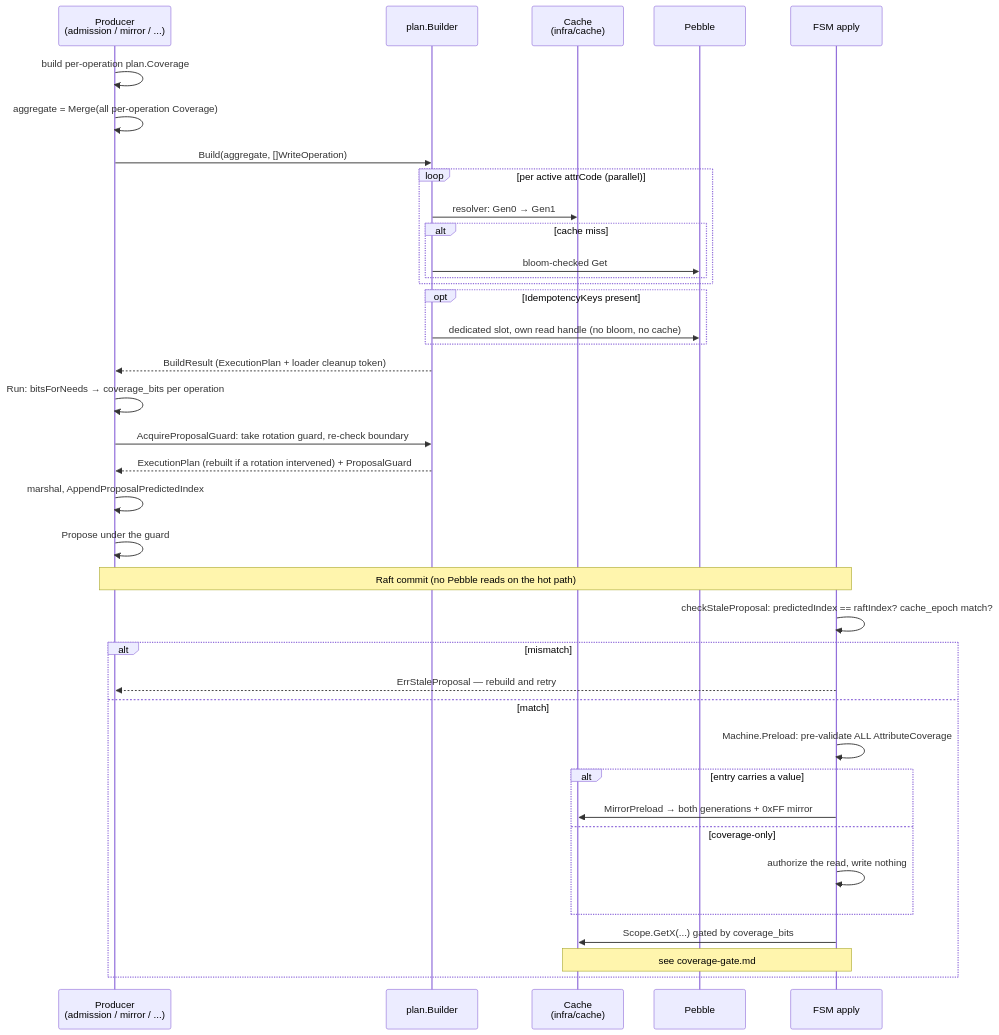
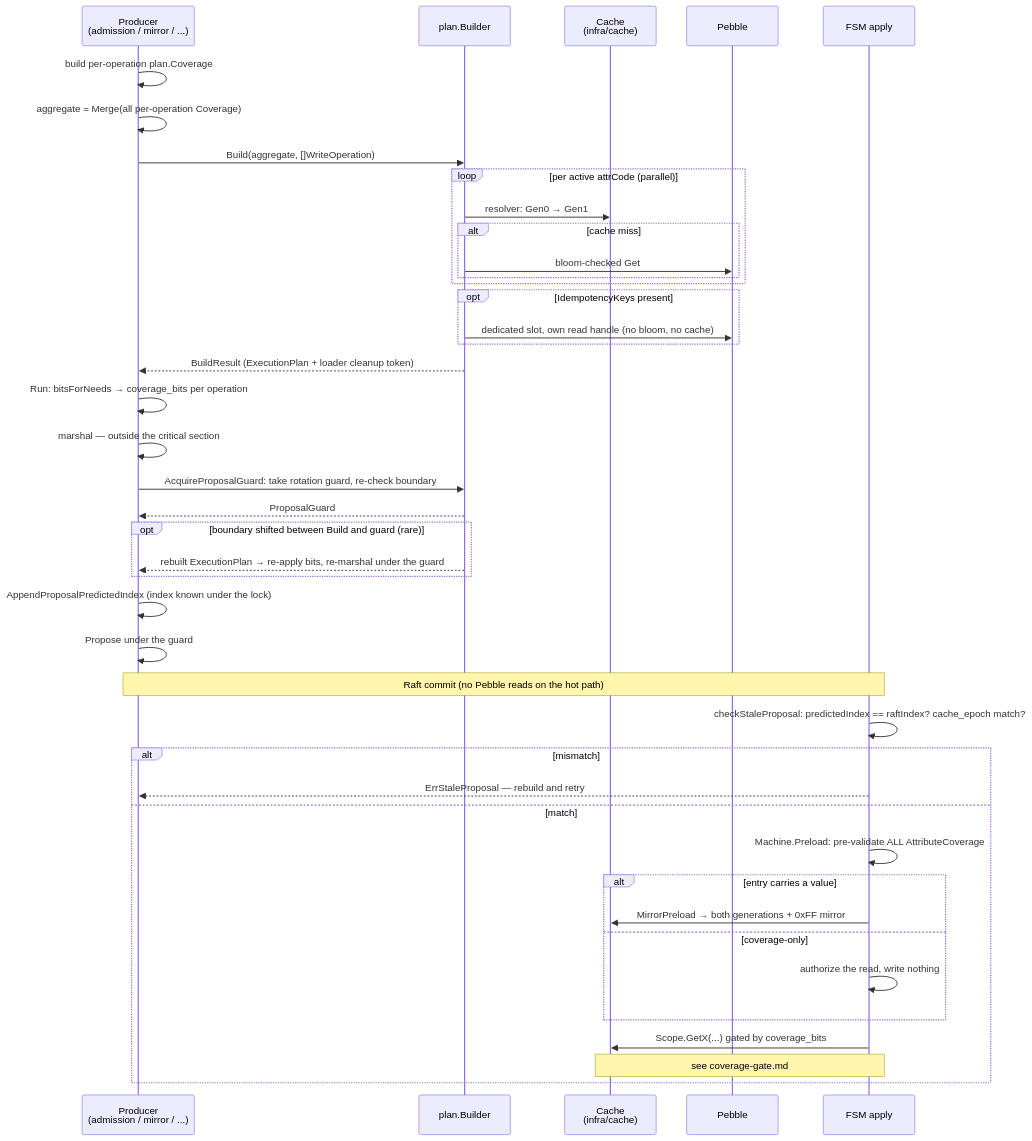
Before and after one commit to formancehq/ledger: the second of 2 diagrams in docs/technical/architecture/subsystems/fsm/preload.md, drawn with Mermaid. The commit also changed other lines of this file, not shown here.

Commit message:
docs(EN-1565): fix marshal/guard order and the plan error inventory
Two defects introduced by the previous review round, both caught by the
automated reviewer on the new head.

The sequence diagram put AcquireProposalGuard before marshal. The real
common-path order is applyBits -> marshalFn -> AcquireProposalGuard ->
PredictedIndex (runner.go:160,162,171,185), with a re-marshal only on the
rare boundary-shift rebuild (:191-199). Placing the guard first taught
that the expensive marshal happens inside the critical section, which is
the opposite of the design -- and contradicted pipeline.md section 8,
which already documented it correctly. The rebuild is now shown as an opt
branch and PredictedIndex is stamped after the guard, where the index is
known under the lock.

The ErrStaleProposal note claimed plan's only exported error is
ErrCacheHorizonExceeded. runner.go:21-22 also exports ErrMarshalProposal
and ErrAcquireProposalGuard; only errors.go was checked. All three are
now named.

````diff
--- a/docs/technical/architecture/subsystems/fsm/preload.md
+++ b/docs/technical/architecture/subsystems/fsm/preload.md
@@ -204,41 +204,45 @@
 ```mermaid
 sequenceDiagram
     participant P as Producer<br/>(admission / mirror / ...)
     participant B as plan.Builder
     participant C as Cache<br/>(infra/cache)
     participant Peb as Pebble
     participant FSM as FSM apply
 
     P->>P: build per-operation plan.Coverage
     P->>P: aggregate = Merge(all per-operation Coverage)
     P->>B: Build(aggregate, []WriteOperation)
     loop per active attrCode (parallel)
         B->>C: resolver: Gen0 → Gen1
         alt cache miss
             B->>Peb: bloom-checked Get
         end
     end
     opt IdempotencyKeys present
         B->>Peb: dedicated slot, own read handle (no bloom, no cache)
     end
     B-->>P: BuildResult (ExecutionPlan + loader cleanup token)
     P->>P: Run: bitsForNeeds → coverage_bits per operation
+    P->>P: marshal — outside the critical section
     P->>B: AcquireProposalGuard: take rotation guard, re-check boundary
-    B-->>P: ExecutionPlan (rebuilt if a rotation intervened) + ProposalGuard
-    P->>P: marshal, AppendProposalPredictedIndex
+    B-->>P: ProposalGuard
+    opt boundary shifted between Build and guard (rare)
+        B-->>P: rebuilt ExecutionPlan → re-apply bits, re-marshal under the guard
+    end
+    P->>P: AppendProposalPredictedIndex (index known under the lock)
     P->>P: Propose under the guard
     Note over P,FSM: Raft commit (no Pebble reads on the hot path)
     FSM->>FSM: checkStaleProposal: predictedIndex == raftIndex? cache_epoch match?
     alt mismatch
         FSM-->>P: ErrStaleProposal — rebuild and retry
     else match
         FSM->>FSM: Machine.Preload: pre-validate ALL AttributeCoverage
         alt entry carries a value
             FSM->>C: MirrorPreload → both generations + 0xFF mirror
         else coverage-only
             FSM->>FSM: authorize the read, write nothing
         end
         FSM->>C: Scope.GetX(...) gated by coverage_bits
         Note over FSM,C: see coverage-gate.md
     end
 ```
````
